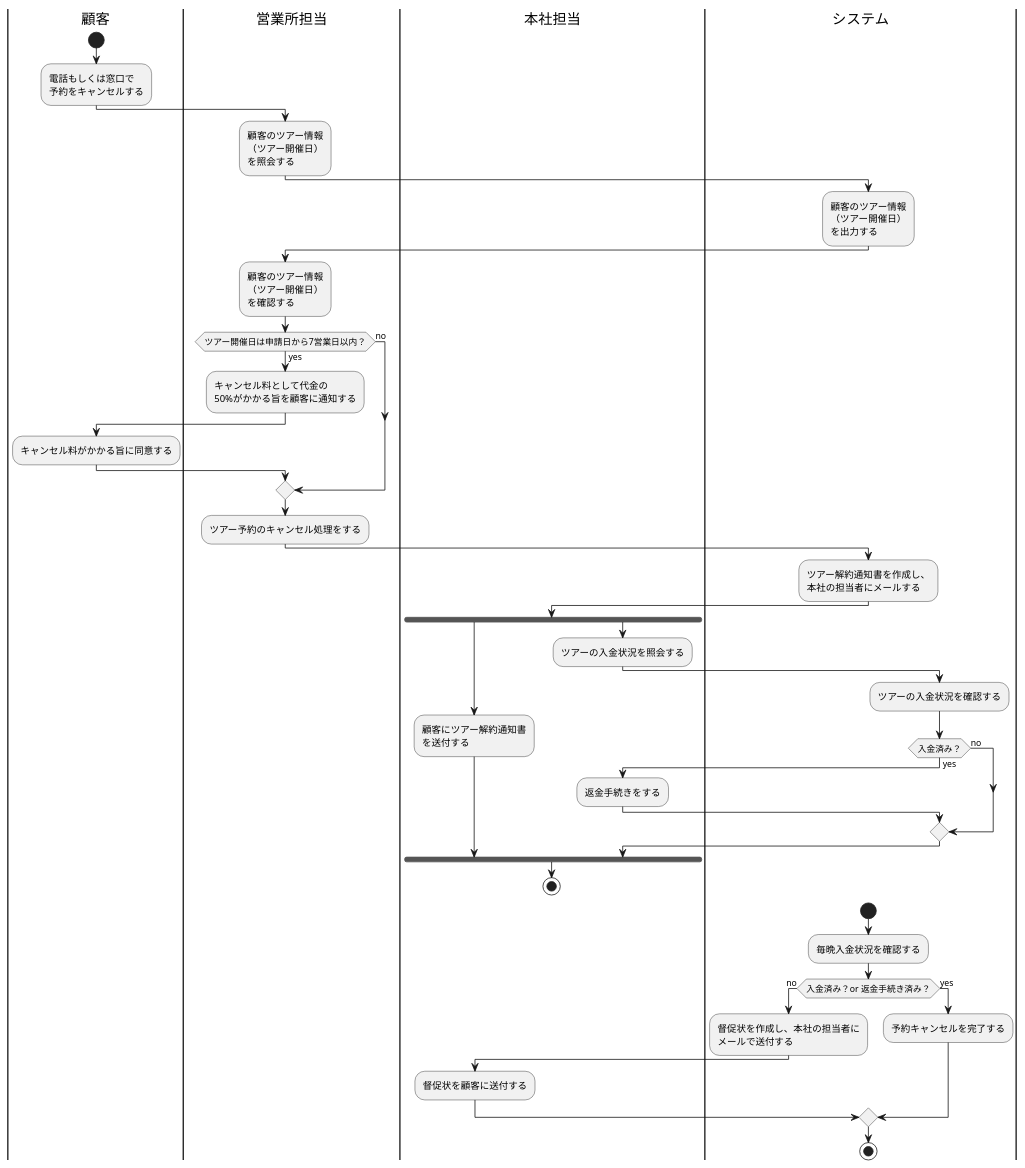
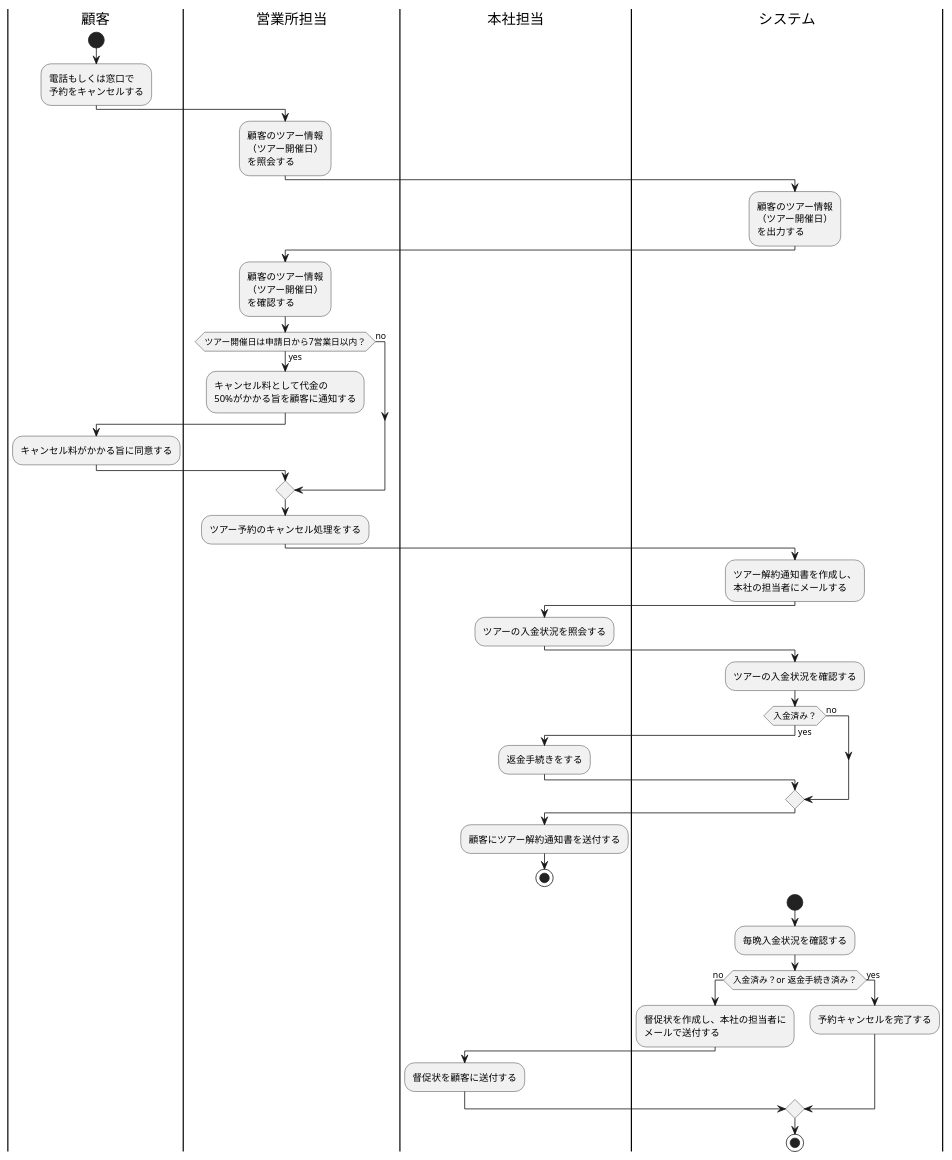
The diagram in ツアー予約キャンセル業務.md (kumaichihj1/workshop), drawn with PlantUML before and after one commit.

````diff
--- a/ツアー予約キャンセル業務.md
+++ b/ツアー予約キャンセル業務.md
@@ -2,79 +2,76 @@
 ```plantuml
 @startuml
 
 |顧客|
 |営業所担当|
 |本社担当|
 |システム|
 
 |顧客|
 start
 :電話もしくは窓口で
 予約をキャンセルする;
 
 |営業所担当|
 :顧客のツアー情報
 （ツアー開催日）
 を照会する;
 
 |システム|
 :顧客のツアー情報
 （ツアー開催日）
 を出力する;
 
 |営業所担当|
 :顧客のツアー情報
 （ツアー開催日）
 を確認する;
 if(ツアー開催日は申請日から7営業日以内？) then (yes)
   :キャンセル料として代金の
   50%がかかる旨を顧客に通知する;
 
   |顧客|
   :キャンセル料がかかる旨に同意する;
 else (no)
 endif
 
 |営業所担当|
 :ツアー予約のキャンセル処理をする;
 
 |システム|
 :ツアー解約通知書を作成し、
 本社の担当者にメールする;
 
 |本社担当|
-fork
-  :顧客にツアー解約通知書
-  を送付する;
-fork again
-
 :ツアーの入金状況を照会する;
 
 |システム|
-
 :ツアーの入金状況を確認する;
 if (入金済み？) then (yes)
   |本社担当|
   :返金手続きをする;
 else (no)
 endif
-end fork
+
+|本社担当|
+:顧客にツアー解約通知書を送付する;
+
 stop
 
 |システム|
 start
 :毎晩入金状況を確認する;
 if (入金済み？or 返金手続き済み？) then (no)
   :督促状を作成し、本社の担当者に
   メールで送付する;
 
   |本社担当|
   :督促状を顧客に送付する;
 
 else (yes)
   |システム|
   :予約キャンセルを完了する;
 endif
 stop
 @enduml
 ```
````
